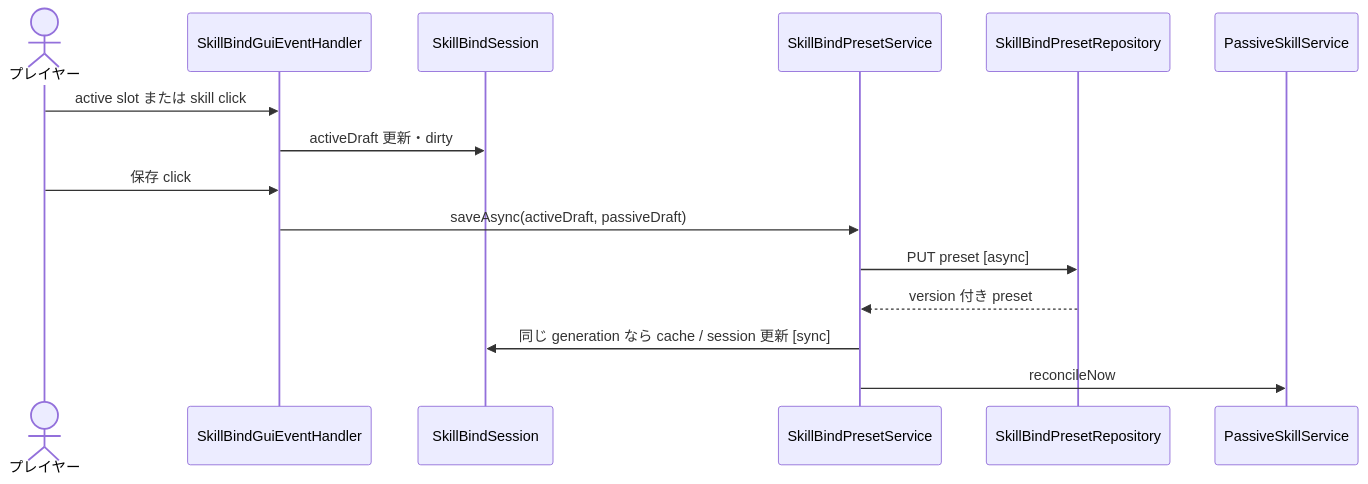
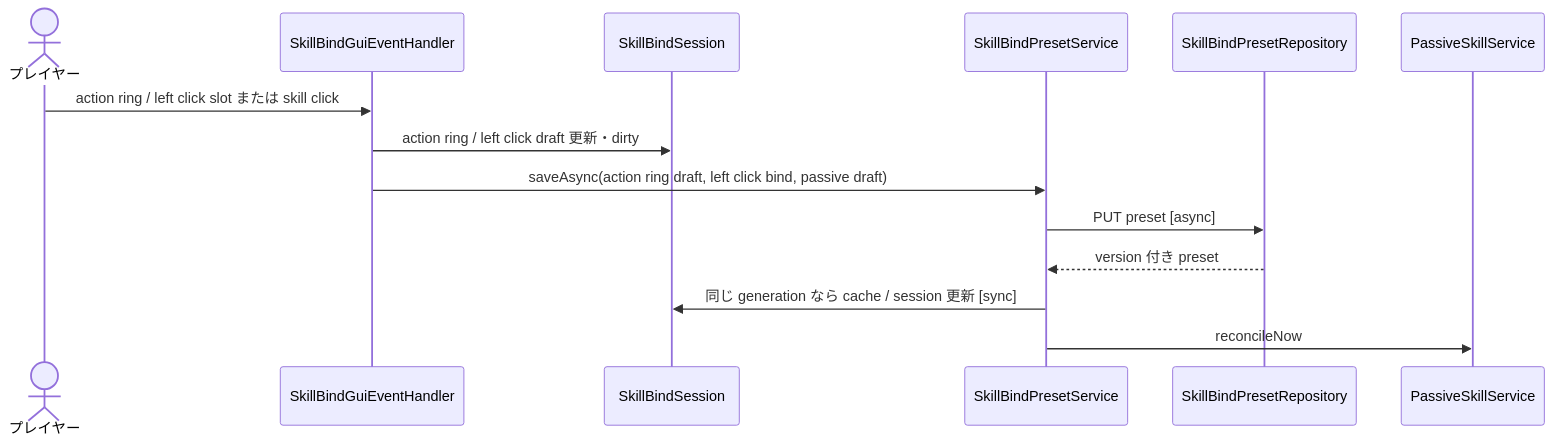
The second of 3 diagrams in 00_docs/10_Plugin設計書/feature/13-skill/4-統合フロー/13_4-スキルバインドGUI.md (maaasu/AstralRecord-Workspace), drawn with Mermaid before and after one commit. The commit also changed other lines of this file and 25 other files, not shown here.

````diff
--- a/00_docs/10_Plugin設計書/feature/13-skill/4-統合フロー/13_4-スキルバインドGUI.md
+++ b/00_docs/10_Plugin設計書/feature/13-skill/4-統合フロー/13_4-スキルバインドGUI.md
@@ -42,18 +42,17 @@
 ```mermaid
 sequenceDiagram
     actor Player as プレイヤー
     participant Event as SkillBindGuiEventHandler
     participant Session as SkillBindSession
     participant Preset as SkillBindPresetService
     participant Repo as SkillBindPresetRepository
     participant Passive as PassiveSkillService
 
-    Player->>Event: active slot または skill click
-    Event->>Session: activeDraft 更新・dirty
-    Player->>Event: 保存 click
-    Event->>Preset: saveAsync(activeDraft, passiveDraft)
+    Player->>Event: action ring / left click slot または skill click
+    Event->>Session: action ring / left click draft 更新・dirty
+    Event->>Preset: saveAsync(action ring draft, left click bind, passive draft)
     Preset->>Repo: PUT preset [async]
     Repo-->>Preset: version 付き preset
     Preset->>Session: 同じ generation なら cache / session 更新 [sync]
     Preset->>Passive: reconcileNow
 ```
````
